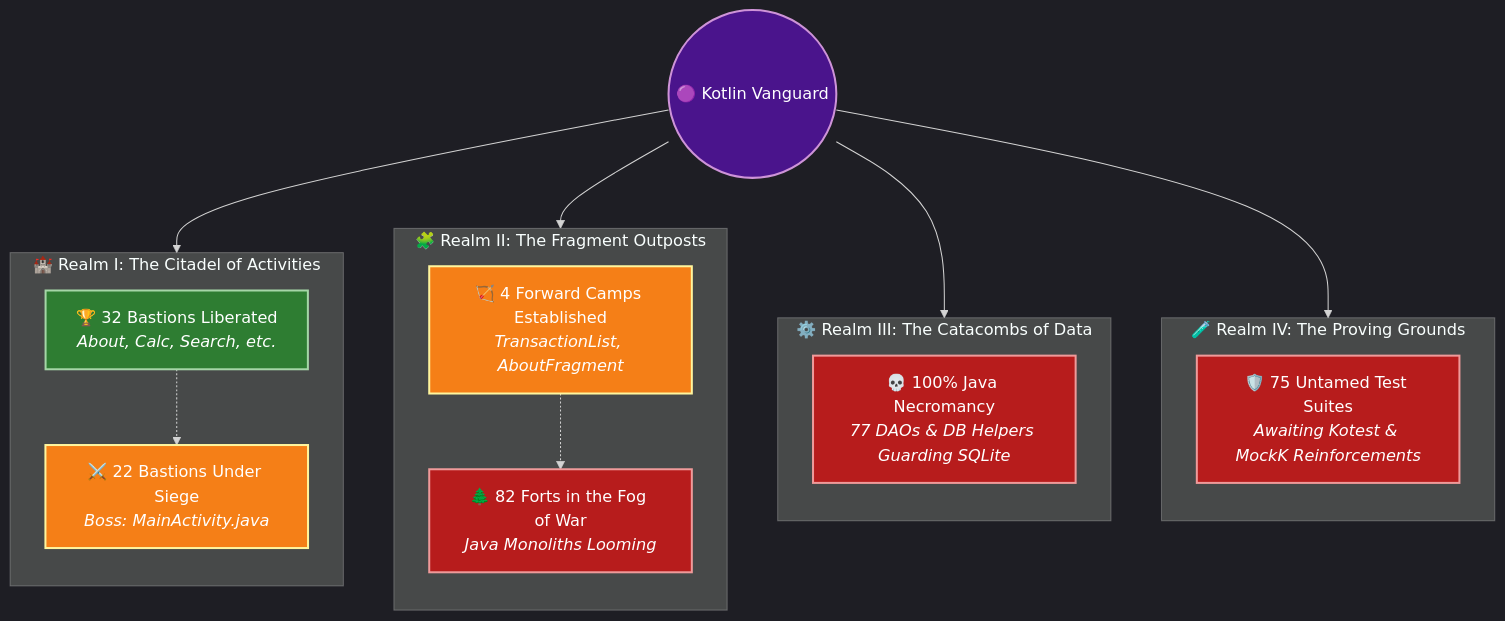
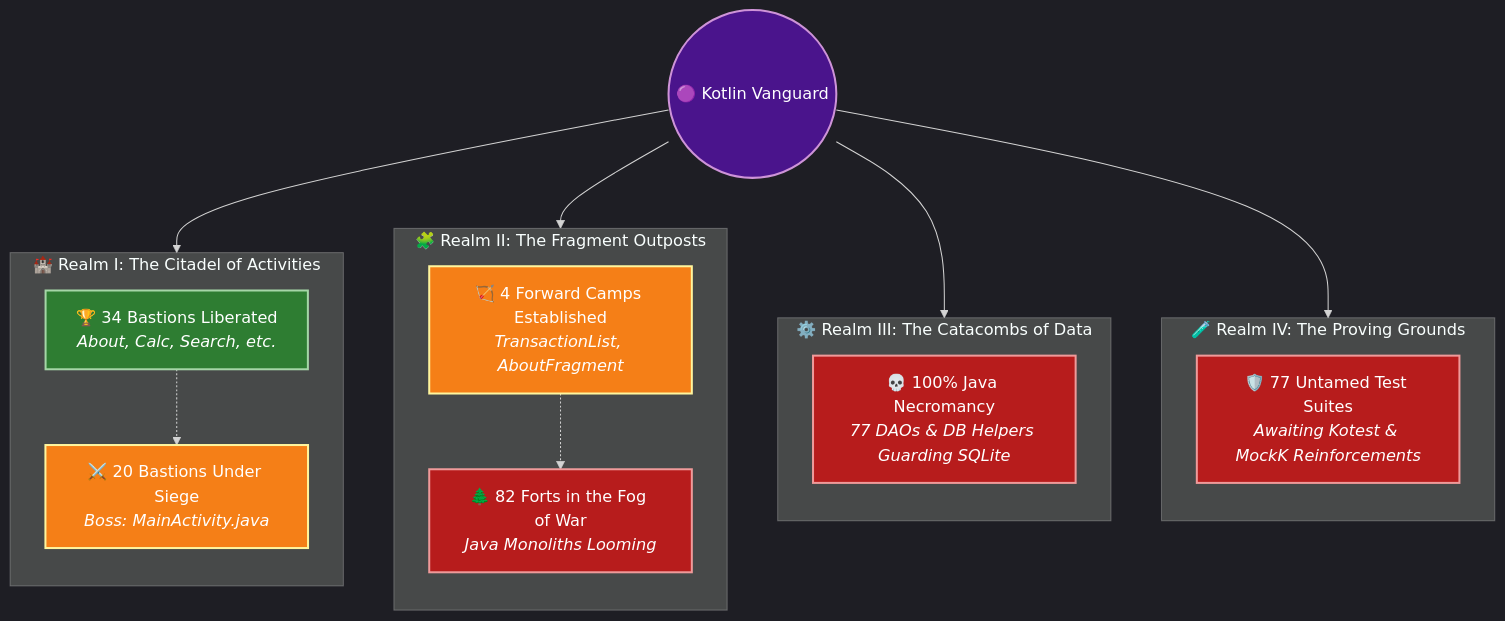
Before and after one commit to solomonrajan/cashledger: the second of 3 diagrams in KOTLIN_MIGRATION_REPORT.md, drawn with Mermaid. The commit also changed other lines of this file, not shown here.

````diff
--- a/KOTLIN_MIGRATION_REPORT.md
+++ b/KOTLIN_MIGRATION_REPORT.md
@@ -29,37 +29,37 @@
 ```mermaid
 %%{init: {'theme': 'dark', 'themeVariables': { 'fontFamily': 'monospace' }}}%%
 flowchart TD
     classDef liberated fill:#2e7d32,stroke:#a5d6a7,stroke-width:2px,color:#ffffff;
     classDef siege fill:#f57f17,stroke:#fff59d,stroke-width:2px,color:#ffffff;
     classDef occupied fill:#b71c1c,stroke:#ef9a9a,stroke-width:2px,color:#ffffff;
     classDef portal fill:#4a148c,stroke:#ce93d8,stroke-width:2px,color:#ffffff;
 
     Start((🟣 Kotlin Vanguard)):::portal --> Castle
     Start --> Valley
     Start --> Dungeon
     Start --> Arena
 
     subgraph Castle["🏰 Realm I: The Citadel of Activities"]
         direction TB
-        A_Won["🏆 32 Bastions Liberated<br/><i>About, Calc, Search, etc.</i>"]:::liberated
-        A_Siege["⚔️ 22 Bastions Under Siege<br/><i>Boss: MainActivity.java</i>"]:::siege
+        A_Won["🏆 34 Bastions Liberated<br/><i>About, Calc, Search, etc.</i>"]:::liberated
+        A_Siege["⚔️ 20 Bastions Under Siege<br/><i>Boss: MainActivity.java</i>"]:::siege
         A_Won -.-> A_Siege
     end
 
     subgraph Valley["🧩 Realm II: The Fragment Outposts"]
         direction TB
         F_Scout["🏹 4 Forward Camps Established<br/><i>TransactionList, AboutFragment</i>"]:::siege
         F_Wild["🌲 82 Forts in the Fog of War<br/><i>Java Monoliths Looming</i>"]:::occupied
         F_Scout -.-> F_Wild
     end
 
     subgraph Dungeon["⚙️ Realm III: The Catacombs of Data"]
         direction TB
         D_Curse["💀 100% Java Necromancy<br/><i>77 DAOs & DB Helpers Guarding SQLite</i>"]:::occupied
     end
 
     subgraph Arena["🧪 Realm IV: The Proving Grounds"]
         direction TB
-        T_Trial["🛡️ 75 Untamed Test Suites<br/><i>Awaiting Kotest & MockK Reinforcements</i>"]:::occupied
+        T_Trial["🛡️ 77 Untamed Test Suites<br/><i>Awaiting Kotest & MockK Reinforcements</i>"]:::occupied
     end
 ```
````
